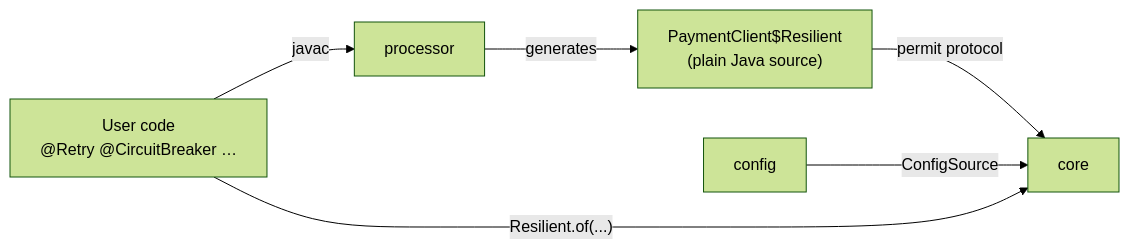
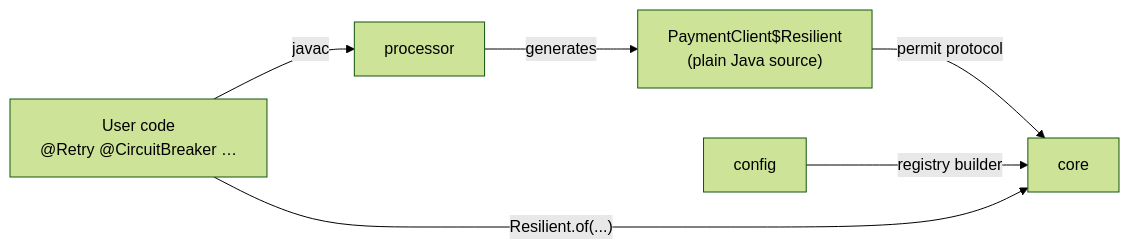
The first of 2 diagrams in docs/en/architecture.md (fabiangftech/resilience4cata), drawn with Mermaid (forest theme) before and after one commit. The commit also changed other lines of this file and 62 other files, not shown here.

````diff
--- a/docs/en/architecture.md
+++ b/docs/en/architecture.md
@@ -7,8 +7,8 @@
 ```mermaid
 graph LR
   user["User code<br/>@Retry @CircuitBreaker …"] -->|javac| processor
   processor -->|generates| gen["PaymentClient$Resilient<br/>(plain Java source)"]
   gen -->|permit protocol| core
-  config -->|ConfigSource| core
+  config -->|registry builder| core
   user -->|"Resilient.of(...)"| core
 ```
````
